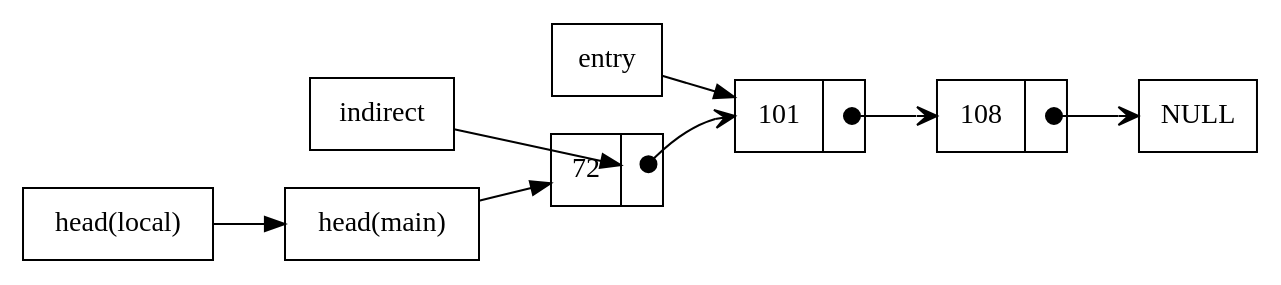
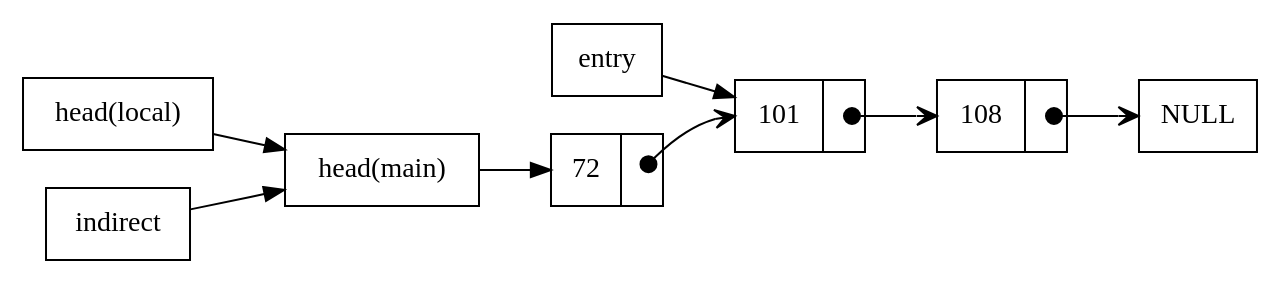
Before and after one commit to Msiciots/linked-list: the diagram in dot/remove_entry2.dot, drawn with Graphviz. The commit also changed 3 other files, not shown here.

```diff
--- a/dot/remove_entry2.dot
+++ b/dot/remove_entry2.dot
@@ -1,18 +1,18 @@
 digraph add_entry {
         rankdir=LR;
         node [shape=record];
         head_main [label= "head(main)"];
         head_local [label= "head(local)"]
         indirect [label= "indirect"]
         entry [label="entry"]
         n1 [label="{ <data> 72 | <ref>  }"];
         n2 [label="{ <data> 101 | <ref>  }"];
         n3 [label="{ <data> 108 | <ref>  }"];
         entry -> n2
-        indirect -> n1:ref:c
+        indirect -> head_main
         head_local -> head_main
         head_main-> n1;
         n1:ref:c -> n2:data [arrowhead=vee, arrowtail=dot, dir=both, tailclip=false];
         n2:ref:c -> n3:data [arrowhead=vee, arrowtail=dot, dir=both, tailclip=false];
         n3:ref:c -> NULL      [arrowhead=vee, arrowtail=dot, dir=both, tailclip=false];
 }
```
